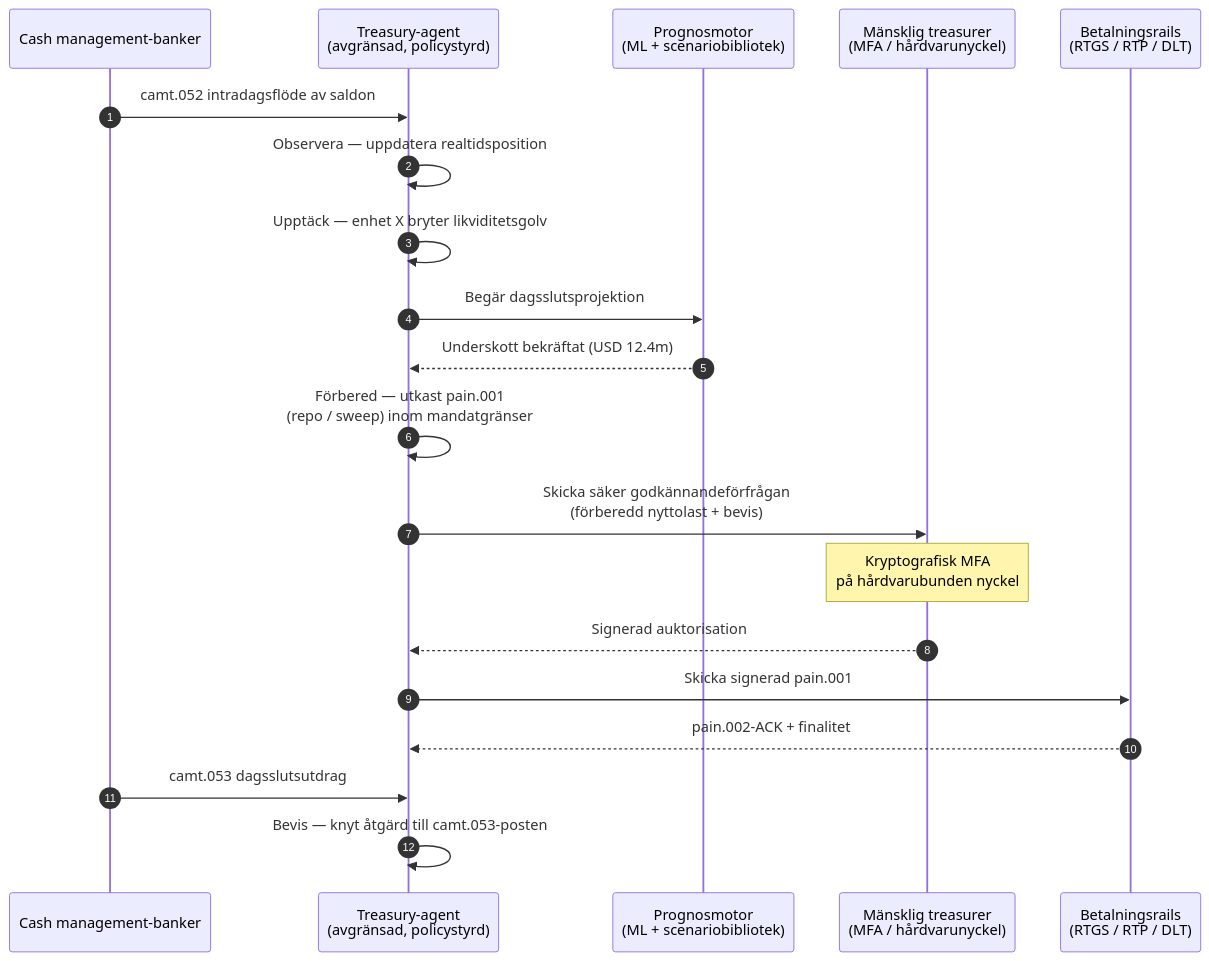
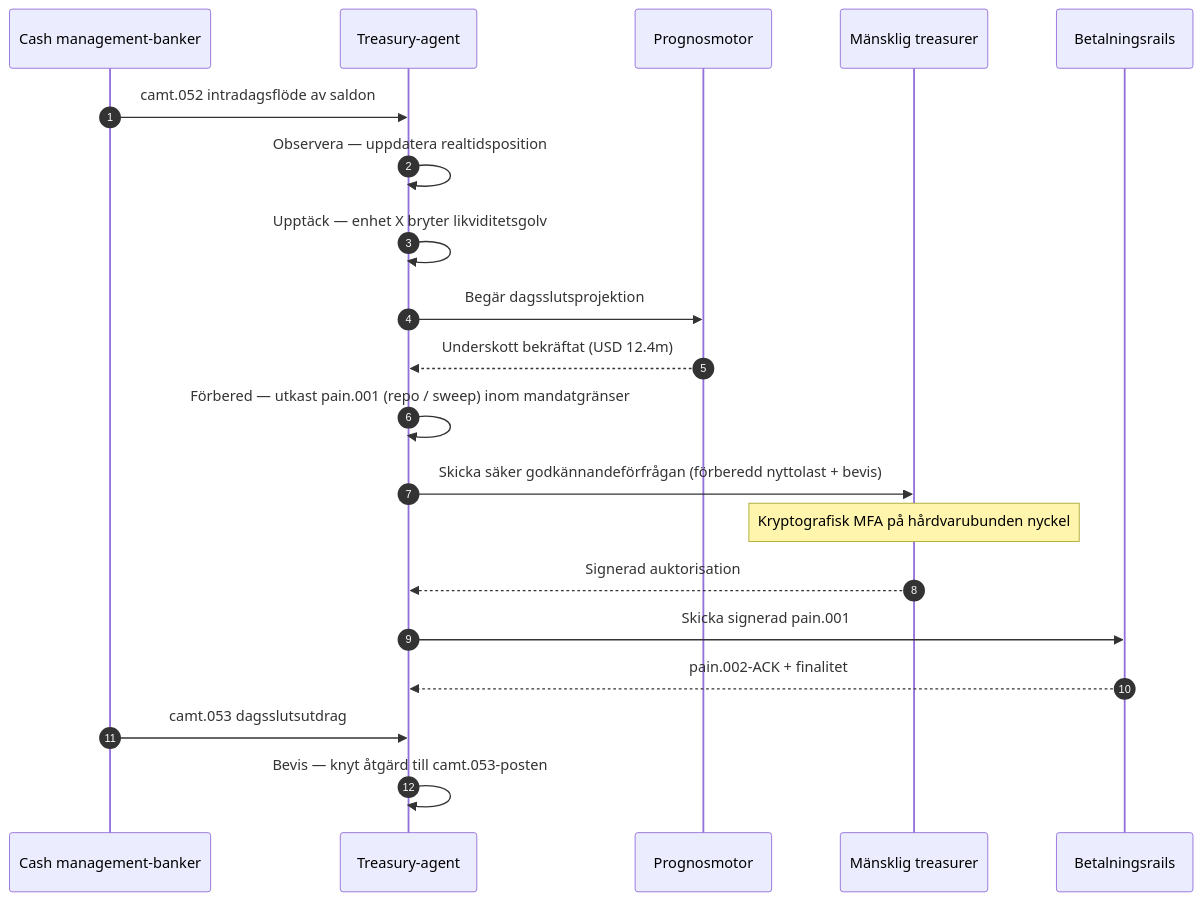
The diagram in _posts/sv/2026-06-07-autonomous-treasury-index-programmable-liquidity-tokenised-deposits-2026.md (sebastienrousseau/sebastienrousseau.github.io), drawn with Mermaid before and after one commit. The commit also changed 2231 other files, not shown here.

First line of the commit message:
fix(mermaid): unblock Mermaid v10 rendering end-to-end (#198)

````diff
--- a/_posts/sv/2026-06-07-autonomous-treasury-index-programmable-liquidity-tokenised-deposits-2026.md
+++ b/_posts/sv/2026-06-07-autonomous-treasury-index-programmable-liquidity-tokenised-deposits-2026.md
@@ -152,23 +152,22 @@
 ```mermaid
 sequenceDiagram
     autonumber
     participant Banks as Cash management-banker
-    participant Agent as Treasury-agent<br/>(avgränsad, policystyrd)
-    participant Forecast as Prognosmotor<br/>(ML + scenariobibliotek)
-    participant Treasurer as Mänsklig treasurer<br/>(MFA / hårdvarunyckel)
-    participant Rails as Betalningsrails<br/>(RTGS / RTP / DLT)
-
+    participant Agent as Treasury-agent
+    participant Forecast as Prognosmotor
+    participant Treasurer as Mänsklig treasurer
+    participant Rails as Betalningsrails
     Banks->>Agent: camt.052 intradagsflöde av saldon
     Agent->>Agent: Observera — uppdatera realtidsposition
     Agent->>Agent: Upptäck — enhet X bryter likviditetsgolv
     Agent->>Forecast: Begär dagsslutsprojektion
     Forecast-->>Agent: Underskott bekräftat (USD 12.4m)
-    Agent->>Agent: Förbered — utkast pain.001<br/>(repo / sweep) inom mandatgränser
-    Agent->>Treasurer: Skicka säker godkännandeförfrågan<br/>(förberedd nyttolast + bevis)
-    Note over Treasurer: Kryptografisk MFA<br/>på hårdvarubunden nyckel
+    Agent->>Agent: Förbered — utkast pain.001 (repo / sweep) inom mandatgränser
+    Agent->>Treasurer: Skicka säker godkännandeförfrågan (förberedd nyttolast + bevis)
+    Note over Treasurer: Kryptografisk MFA på hårdvarubunden nyckel
     Treasurer-->>Agent: Signerad auktorisation
     Agent->>Rails: Skicka signerad pain.001
     Rails-->>Agent: pain.002-ACK + finalitet
     Banks->>Agent: camt.053 dagsslutsutdrag
     Agent->>Agent: Bevis — knyt åtgärd till camt.053-posten
 ```
````
